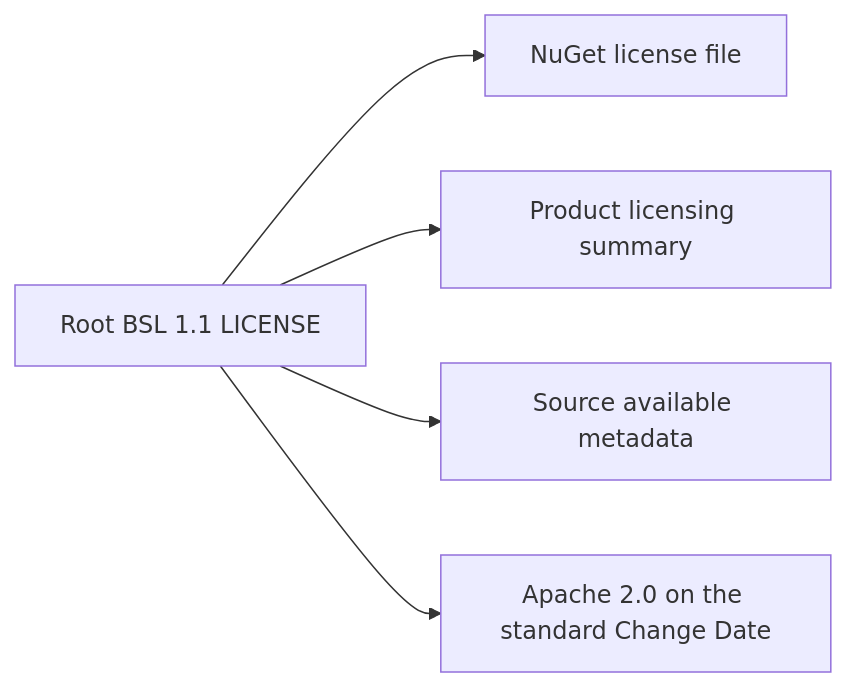
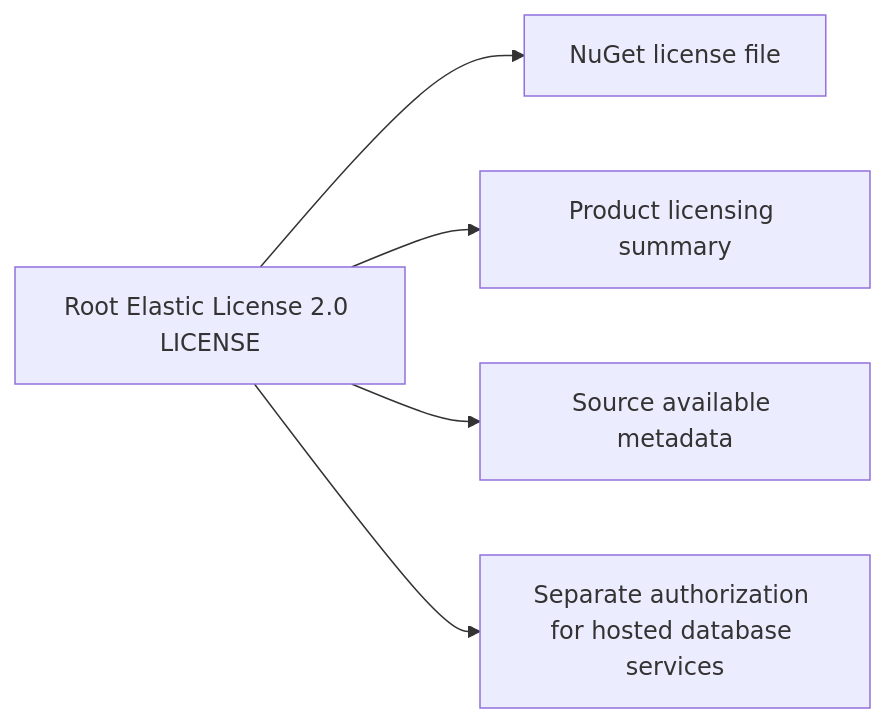
One commit to managedcode/KeyLoad changed the first of 2 diagrams in docs/Features/ReleaseDelivery.md. Above: the diagram before and after it, drawn with Mermaid. The commit also changed other lines of this file and 8 other files, not shown here.

First line of the commit message:
Adopt Elastic License 2.0 for KeyLoad

````diff
--- a/docs/Features/ReleaseDelivery.md
+++ b/docs/Features/ReleaseDelivery.md
@@ -21,7 +22,7 @@
 ```mermaid
 flowchart LR
-    License[Root BSL 1.1 LICENSE] --> Package[NuGet license file]
+    License[Root Elastic License 2.0 LICENSE] --> Package[NuGet license file]
     License --> Readme[Product licensing summary]
     License --> Site[Source available metadata]
-    License --> Change[Apache 2.0 on the standard Change Date]
+    License --> Commercial[Separate authorization for hosted database services]
 ```
````
